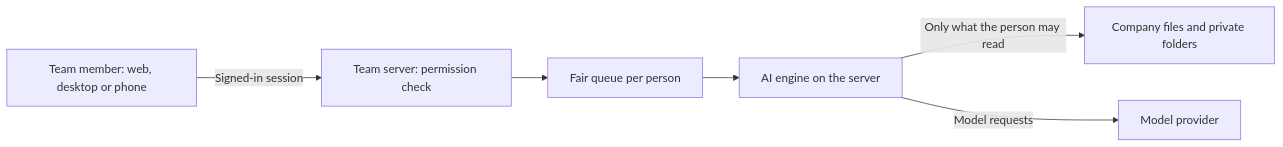
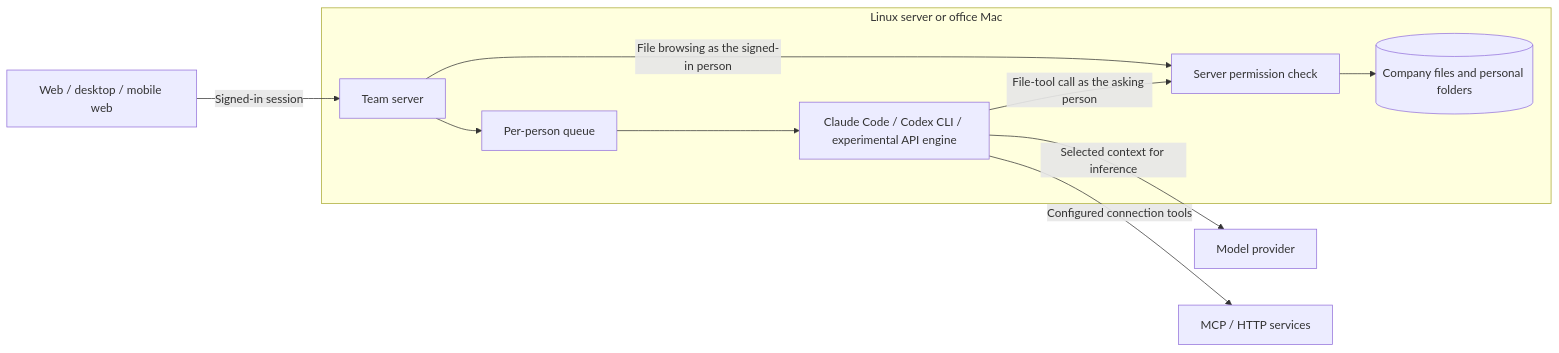
Before and after one commit to trina-app/trina-ax: the diagram in README.md, drawn with Mermaid. The commit also changed other lines of this file and 21 other files, not shown here.

````diff
--- a/README.md
+++ b/README.md
@@ -8,8 +74,13 @@
 ```mermaid
 flowchart LR
-  A[Team member: web, desktop or phone] -->|Signed-in session| B[Team server: permission check]
-  B --> Q[Fair queue per person]
-  Q --> C[AI engine on the server]
-  C -->|Only what the person may read| F[Company files and private folders]
-  C -->|Model requests| P[Model provider]
+  U[Web / desktop / mobile web] -->|Signed-in session| S[Team server]
+  subgraph H[Linux server or office Mac]
+    S --> Q[Per-person queue]
+    Q --> E[Claude Code / Codex CLI / experimental API engine]
+    E -->|File-tool call as the asking person| G[Server permission check]
+    S -->|File browsing as the signed-in person| G
+    G --> F[(Company files and personal folders)]
+  end
+  E -->|Selected context for inference| P[Model provider]
+  E -->|Configured connection tools| X[MCP / HTTP services]
 ```
````
